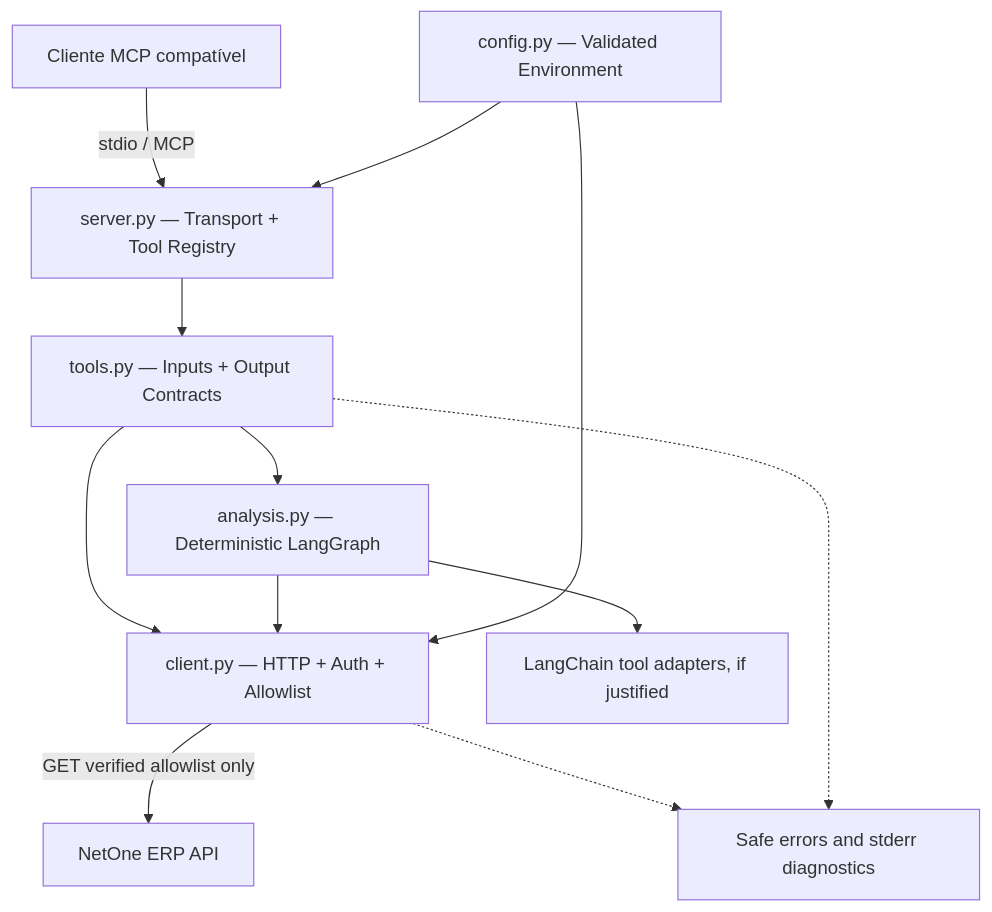
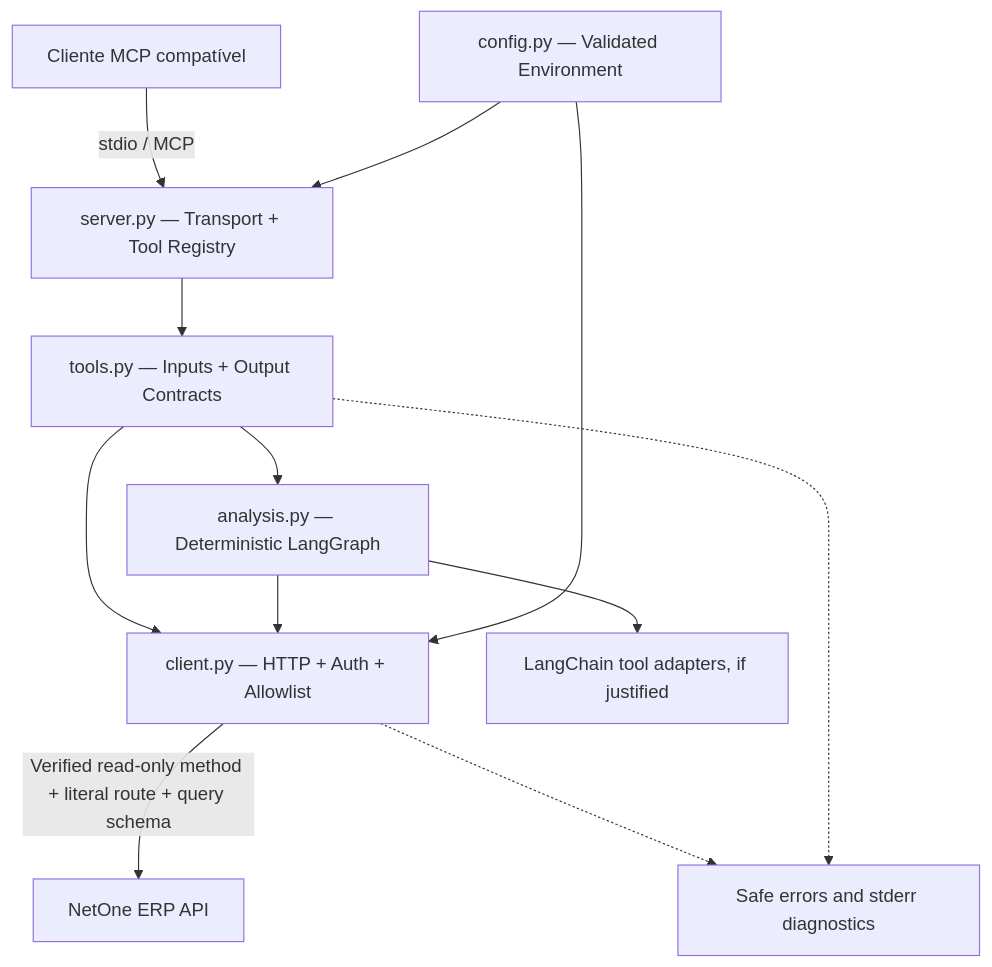
The first of 5 diagrams in PRD.md (Felps0156/netone-mcp), drawn with Mermaid before and after one commit. The commit also changed other lines of this file and 4 other files, not shown here.

````diff
--- a/PRD.md
+++ b/PRD.md
@@ -247,14 +250,14 @@
 ```mermaid
 flowchart TB
     U[Cliente MCP compatível] -->|stdio / MCP| S[server.py — Transport + Tool Registry]
     S --> T[tools.py — Inputs + Output Contracts]
     T --> D[client.py — HTTP + Auth + Allowlist]
     T --> A[analysis.py — Deterministic LangGraph]
     A --> L[LangChain tool adapters, if justified]
     A --> D
     C[config.py — Validated Environment] --> S
     C --> D
-    D -->|GET verified allowlist only| N[NetOne ERP API]
+    D -->|Verified read-only method + literal route + query schema| N[NetOne ERP API]
     D -.-> E[Safe errors and stderr diagnostics]
     T -.-> E
 ```
````
